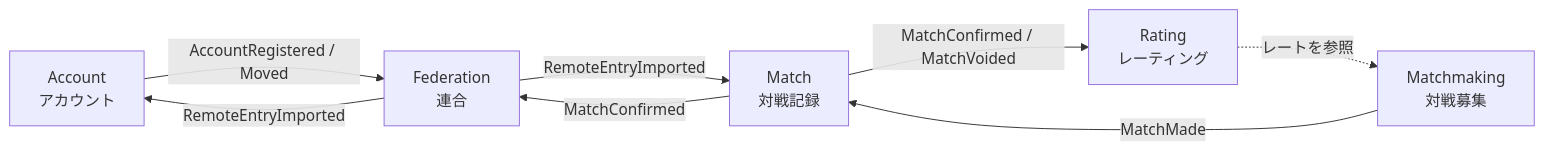
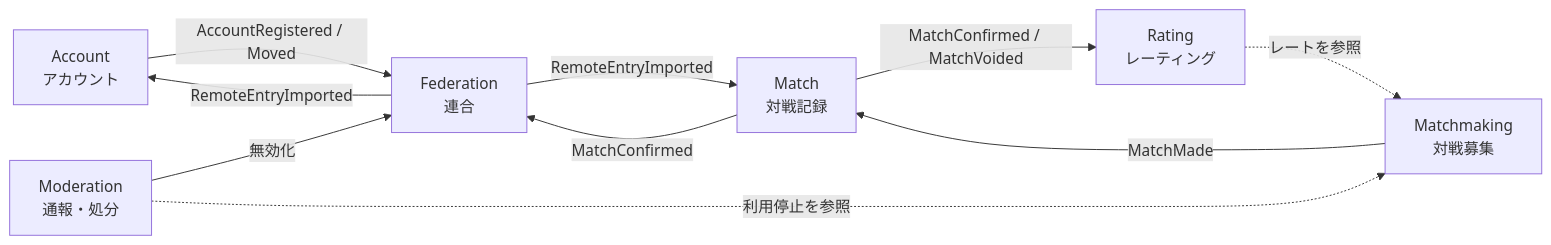
Before and after one commit to tacky0612/smash-hub: the first of 2 diagrams in docs/domain/README.md, drawn with Mermaid. The commit also changed other lines of this file and 72 other files, not shown here.

````diff
--- a/docs/domain/README.md
+++ b/docs/domain/README.md
@@ -54,16 +59,19 @@
 ```mermaid
 flowchart LR
   ACC[Account<br/>アカウント]
   MM[Matchmaking<br/>対戦募集]
   M[Match<br/>対戦記録]
   R[Rating<br/>レーティング]
   F[Federation<br/>連合]
+  MOD[Moderation<br/>通報・処分]
 
   MM -- MatchMade --> M
   M -- MatchConfirmed / MatchVoided --> R
   M -- MatchConfirmed --> F
   ACC -- AccountRegistered / Moved --> F
   F -- RemoteEntryImported --> M
   F -- RemoteEntryImported --> ACC
   R -. レートを参照 .-> MM
+  MOD -- 無効化 --> F
+  MOD -. 利用停止を参照 .-> MM
 ```
````
